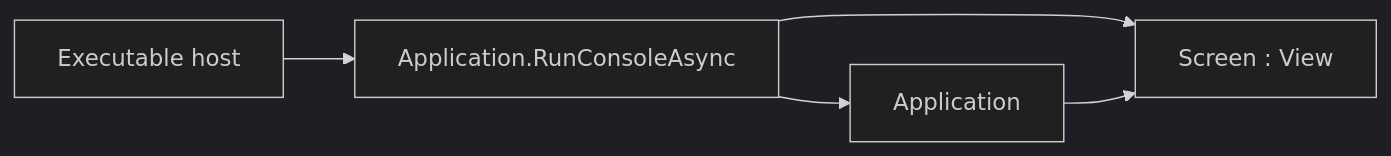
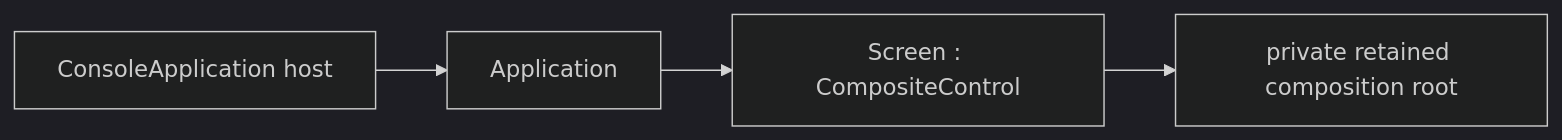
Before and after one commit to pavkam/sharp-vision: the diagram in docs/concepts/screen.md, drawn with Mermaid (dark theme). The commit also changed other lines of this file and 83 other files, not shown here.

````diff
--- a/docs/concepts/screen.md
+++ b/docs/concepts/screen.md
@@ -11,7 +11,6 @@
 ```mermaid
 flowchart LR
-    Host["Executable host"] --> Run["Application.RunConsoleAsync"]
-    Run --> Screen["Screen : View"]
-    Run --> Application["Application"]
-    Application --> Screen
+    Host["ConsoleApplication host"] --> Application["Application"]
+    Application --> Screen["Screen : CompositeControl"]
+    Screen --> Root["private retained composition root"]
 ```
````
